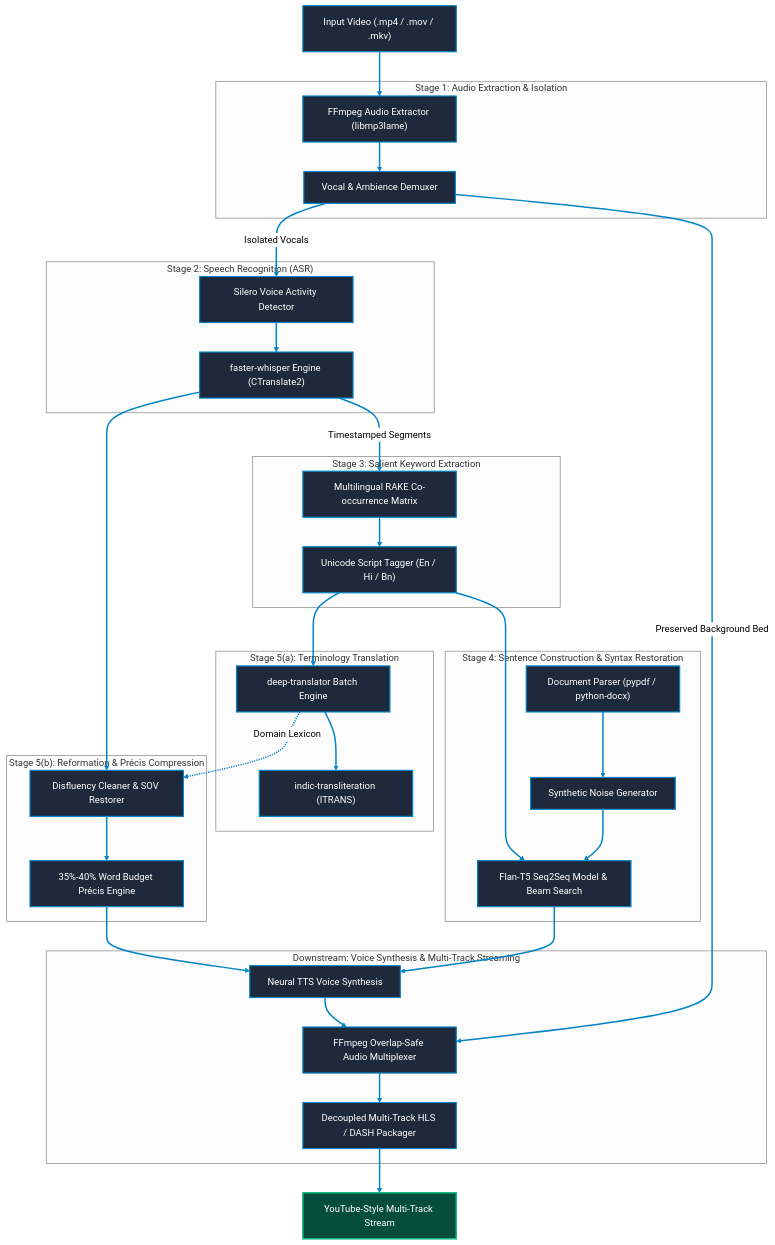
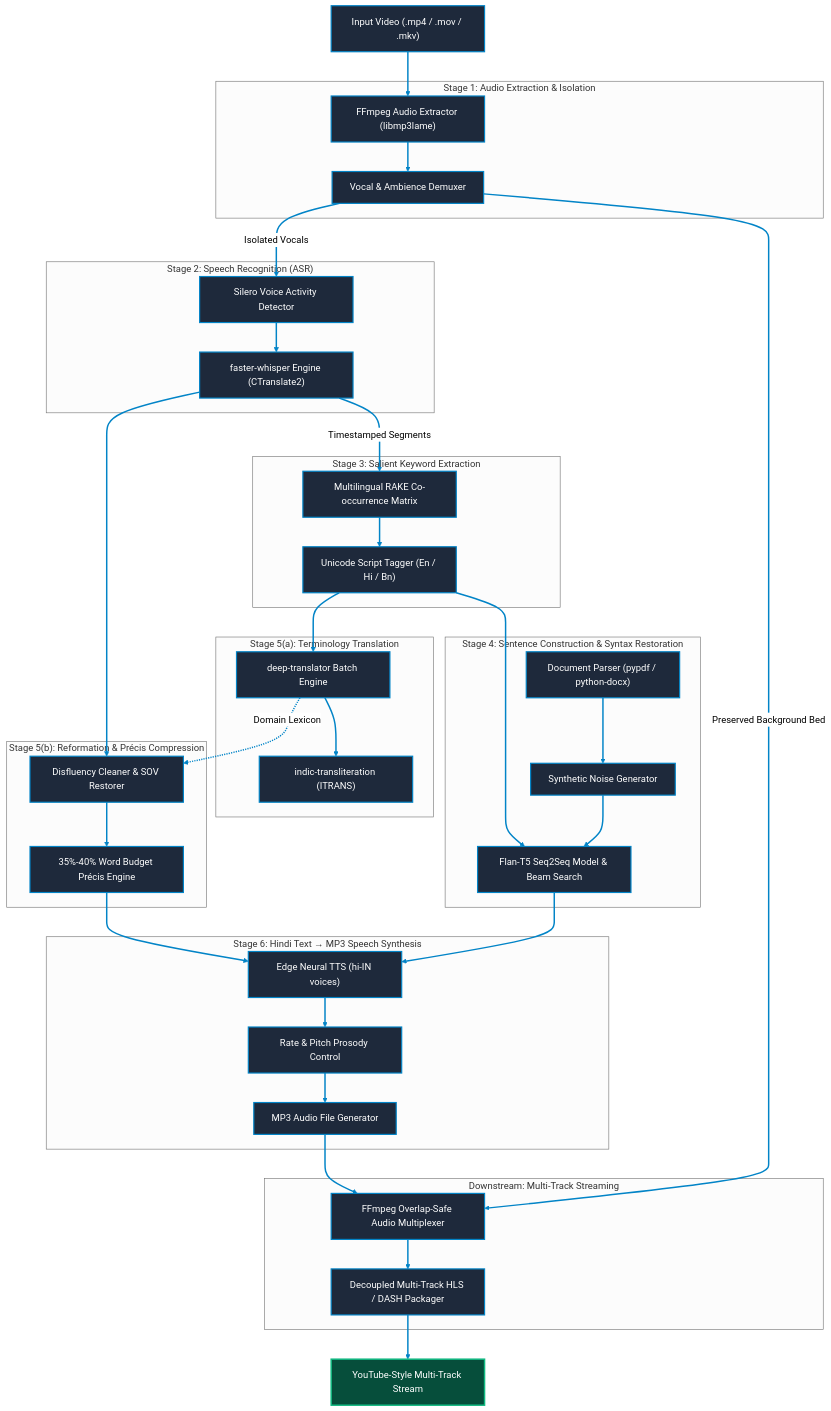
Before and after one commit to Babin123456/Nativox: the diagram in ARCHITECTURE.md, drawn with Mermaid (neutral theme). The commit also changed other lines of this file, not shown here.

Commit message:
Update architecture documentation to incorporate stage six speech synthesis pipeline

````diff
--- a/ARCHITECTURE.md
+++ b/ARCHITECTURE.md
@@ -14,70 +14,77 @@
 ```mermaid
 graph TD
     VID["Input Video (.mp4 / .mov / .mkv)"]
     
     subgraph S1["Stage 1: Audio Extraction & Isolation"]
         EXTRACT["FFmpeg Audio Extractor (libmp3lame)"]
         DEMUCS["Vocal & Ambience Demuxer"]
     end
     
     subgraph S2["Stage 2: Speech Recognition (ASR)"]
         WHISPER["faster-whisper Engine (CTranslate2)"]
         VAD["Silero Voice Activity Detector"]
     end
     
     subgraph S3["Stage 3: Salient Keyword Extraction"]
         RAKE["Multilingual RAKE Co-occurrence Matrix"]
         SCRIPT_TAG["Unicode Script Tagger (En / Hi / Bn)"]
     end
     
     subgraph S4["Stage 4: Sentence Construction & Syntax Restoration"]
         DOC_INGEST["Document Parser (pypdf / python-docx)"]
         CORRUPT["Synthetic Noise Generator"]
         T5_TRAIN["Flan-T5 Seq2Seq Model & Beam Search"]
     end
 
     subgraph S5a["Stage 5(a): Terminology Translation"]
         TRANS_KW["deep-translator Batch Engine"]
         PHONETIC["indic-transliteration (ITRANS)"]
     end
     
     subgraph S5b["Stage 5(b): Reformation & Précis Compression"]
         REFORM["Disfluency Cleaner & SOV Restorer"]
         COMPRESS["35%-40% Word Budget Précis Engine"]
     end
 
-    subgraph S6["Downstream: Voice Synthesis & Multi-Track Streaming"]
-        TTS["Neural TTS Voice Synthesis"]
+    subgraph S6["Stage 6: Hindi Text → MP3 Speech Synthesis"]
+        TTS["Edge Neural TTS (hi-IN voices)"]
+        PROSODY["Rate & Pitch Prosody Control"]
+        MP3OUT["MP3 Audio File Generator"]
+    end
+
+    subgraph S7["Downstream: Multi-Track Streaming"]
         STITCH["FFmpeg Overlap-Safe Audio Multiplexer"]
         HLS["Decoupled Multi-Track HLS / DASH Packager"]
     end
 
     VID --> EXTRACT
     EXTRACT --> DEMUCS
     DEMUCS -->|Isolated Vocals| VAD
     VAD --> WHISPER
     WHISPER -->|Timestamped Segments| RAKE
     RAKE --> SCRIPT_TAG
     SCRIPT_TAG --> TRANS_KW
     TRANS_KW --> PHONETIC
     SCRIPT_TAG --> T5_TRAIN
     DOC_INGEST --> CORRUPT
     CORRUPT --> T5_TRAIN
     WHISPER --> REFORM
     TRANS_KW -.->|Domain Lexicon| REFORM
     REFORM --> COMPRESS
     COMPRESS --> TTS
     T5_TRAIN --> TTS
-    TTS --> STITCH
+    TTS --> PROSODY
+    PROSODY --> MP3OUT
+    MP3OUT --> STITCH
     DEMUCS -->|Preserved Background Bed| STITCH
     STITCH --> HLS
     HLS --> DUBBED["YouTube-Style Multi-Track Stream"]
 
     linkStyle default stroke:#0284C7,stroke-width:2.5px;
 
     classDef stageNode fill:#1E293B,stroke:#0284C7,stroke-width:2px,color:#FFFFFF;
     classDef finalNode fill:#064E3B,stroke:#10B981,stroke-width:2.5px,color:#FFFFFF;
 
-    class VID,EXTRACT,DEMUCS,WHISPER,VAD,RAKE,SCRIPT_TAG,TRANS_KW,PHONETIC,REFORM,COMPRESS,DOC_INGEST,CORRUPT,T5_TRAIN,TTS,STITCH,HLS stageNode;
+    class VID,EXTRACT,DEMUCS,WHISPER,VAD,RAKE,SCRIPT_TAG,TRANS_KW,PHONETIC,REFORM,COMPRESS,DOC_INGEST,CORRUPT,T5_TRAIN,TTS,PROSODY,MP3OUT,STITCH,HLS stageNode;
     class DUBBED finalNode;
 ```
````
